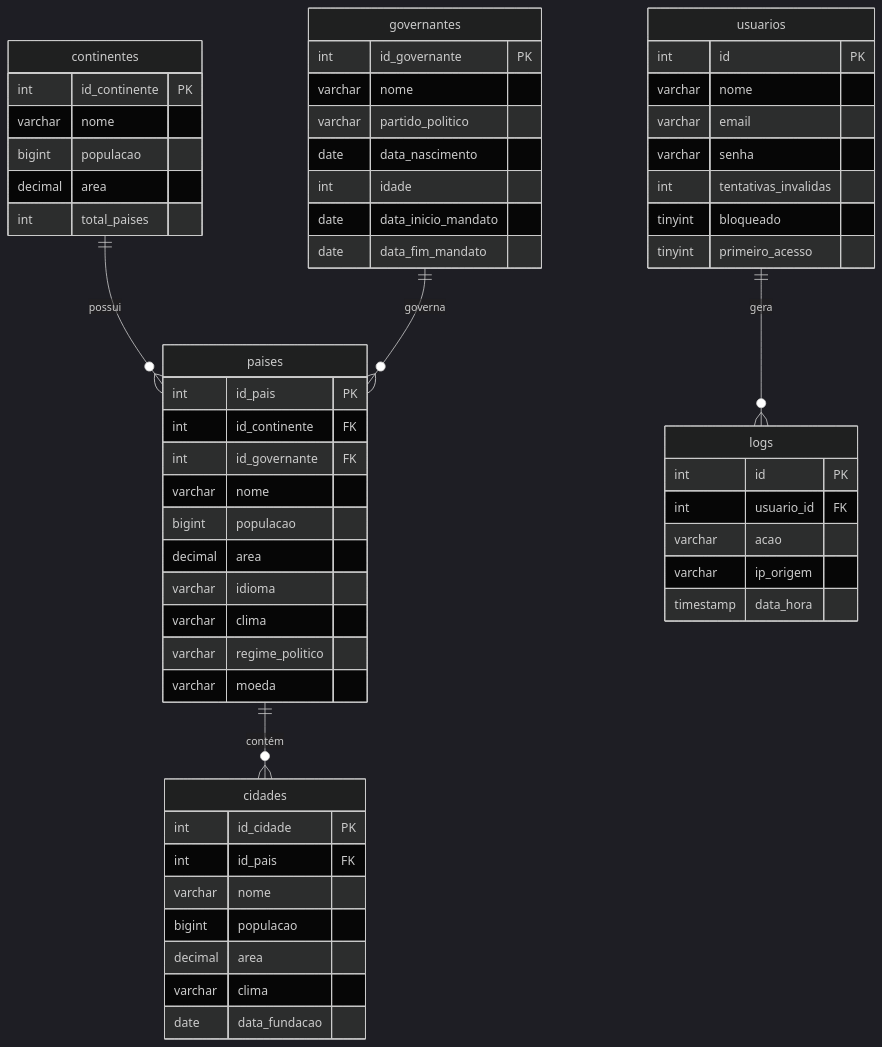
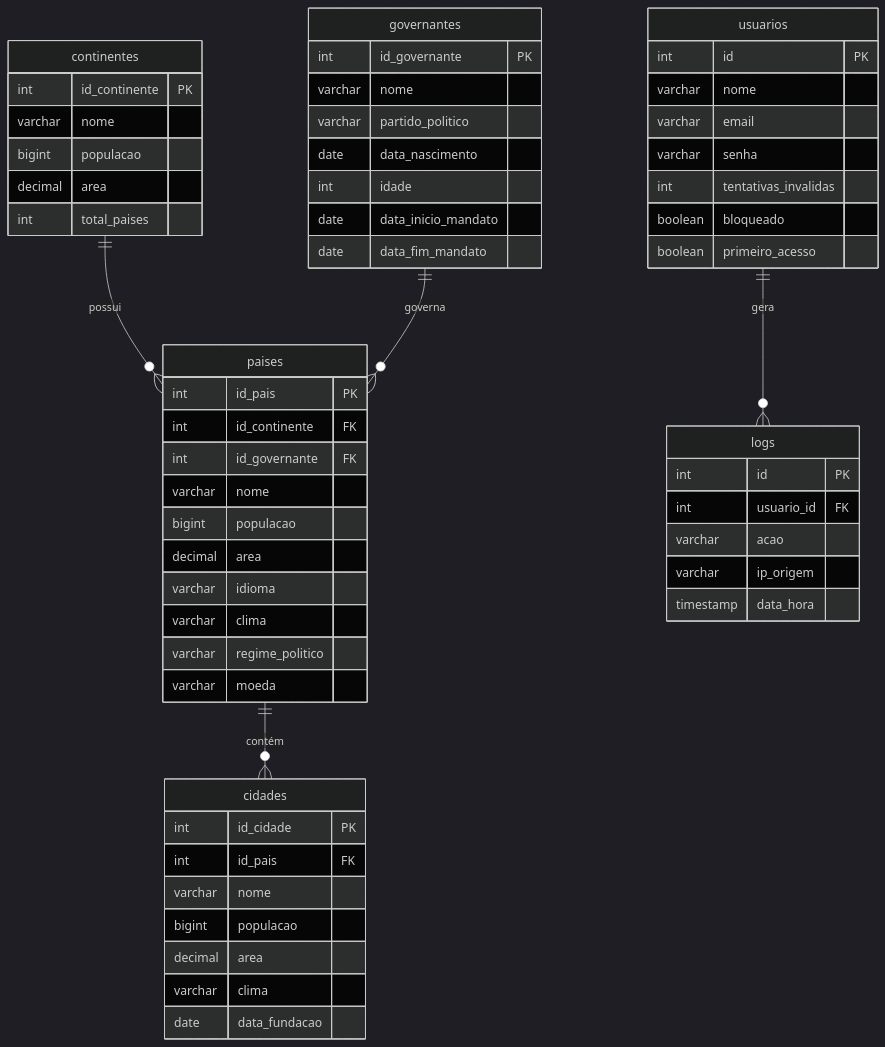
One commit to GabrielHenrique1910/PROJETO_WEB changed the diagram in CrudMundo/README.md. Above: the diagram before and after it, drawn with Mermaid (dark theme). The commit also changed other lines of this file, not shown here.

````diff
--- a/CrudMundo/README.md
+++ b/CrudMundo/README.md
@@ -55,66 +107,66 @@
 ```mermaid
 erDiagram
     continentes {
         int id_continente PK
         varchar nome
         bigint populacao
         decimal area
         int total_paises
     }
 
     governantes {
         int id_governante PK
         varchar nome
         varchar partido_politico
         date data_nascimento
         int idade
         date data_inicio_mandato
         date data_fim_mandato
     }
 
     paises {
         int id_pais PK
         int id_continente FK
         int id_governante FK
         varchar nome
         bigint populacao
         decimal area
         varchar idioma
         varchar clima
         varchar regime_politico
         varchar moeda
     }
 
     cidades {
         int id_cidade PK
         int id_pais FK
         varchar nome
         bigint populacao
         decimal area
         varchar clima
         date data_fundacao
     }
 
     usuarios {
         int id PK
         varchar nome
         varchar email
         varchar senha
         int tentativas_invalidas
-        tinyint bloqueado
-        tinyint primeiro_acesso
+        boolean bloqueado
+        boolean primeiro_acesso
     }
 
     logs {
         int id PK
         int usuario_id FK
         varchar acao
         varchar ip_origem
         timestamp data_hora
     }
 
     continentes ||--o{ paises : "possui"
     governantes ||--o{ paises : "governa"
     paises ||--o{ cidades : "contém"
     usuarios ||--o{ logs : "gera"
 ```
````
